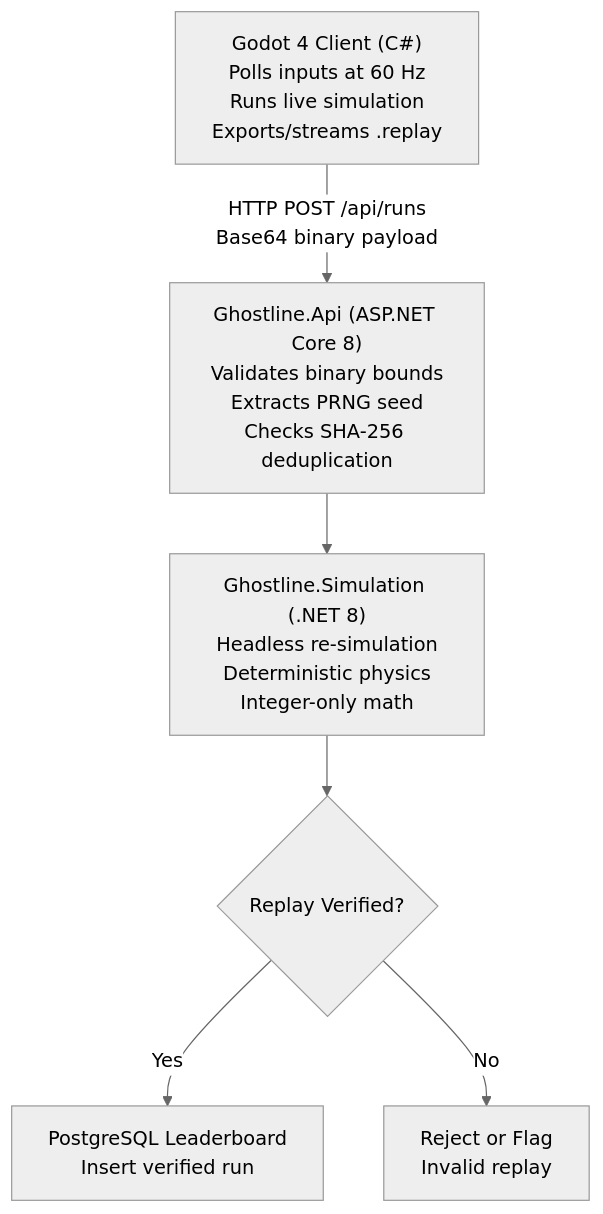
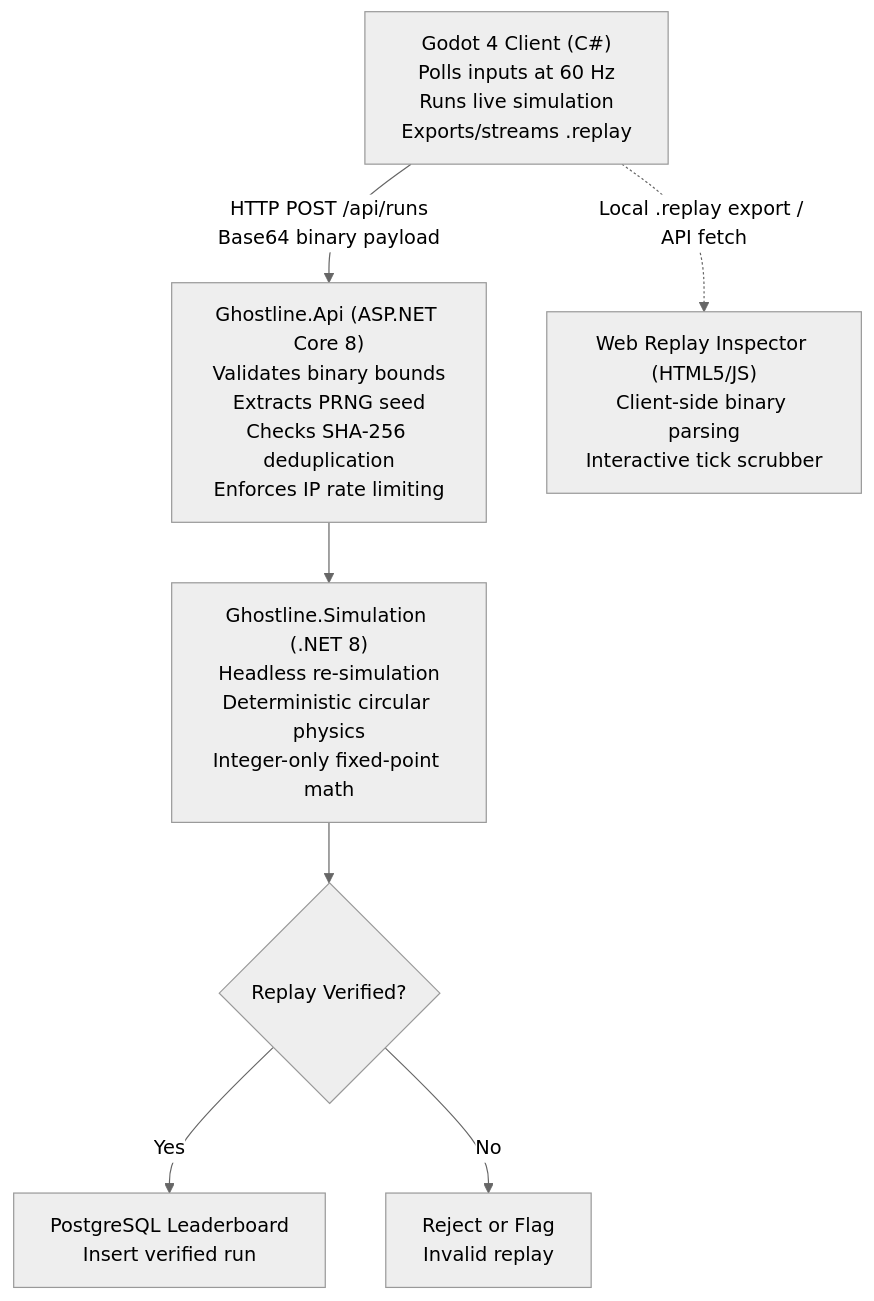
The diagram in README.md (marclourens19/ghostline), drawn with Mermaid (neutral theme) before and after one commit. The commit also changed other lines of this file, not shown here.

````diff
--- a/README.md
+++ b/README.md
@@ -17,15 +20,17 @@
 ```mermaid
 flowchart TD
     A["Godot 4 Client (C#)<br/>Polls inputs at 60 Hz<br/>Runs live simulation<br/>Exports/streams .replay"]
-    B["Ghostline.Api (ASP.NET Core 8)<br/>Validates binary bounds<br/>Extracts PRNG seed<br/>Checks SHA-256 deduplication"]
-    C["Ghostline.Simulation (.NET 8)<br/>Headless re-simulation<br/>Deterministic physics<br/>Integer-only math"]
+    B["Ghostline.Api (ASP.NET Core 8)<br/>Validates binary bounds<br/>Extracts PRNG seed<br/>Checks SHA-256 deduplication<br/>Enforces IP rate limiting"]
+    C["Ghostline.Simulation (.NET 8)<br/>Headless re-simulation<br/>Deterministic circular physics<br/>Integer-only fixed-point math"]
     D{"Replay Verified?"}
     E["PostgreSQL Leaderboard<br/>Insert verified run"]
     F["Reject or Flag<br/>Invalid replay"]
+    G["Web Replay Inspector (HTML5/JS)<br/>Client-side binary parsing<br/>Interactive tick scrubber"]
 
     A -->|"HTTP POST /api/runs<br/>Base64 binary payload"| B
     B --> C
     C --> D
     D -->|Yes| E
     D -->|No| F
+    A -.->|"Local .replay export / API fetch"| G
 ```
````
